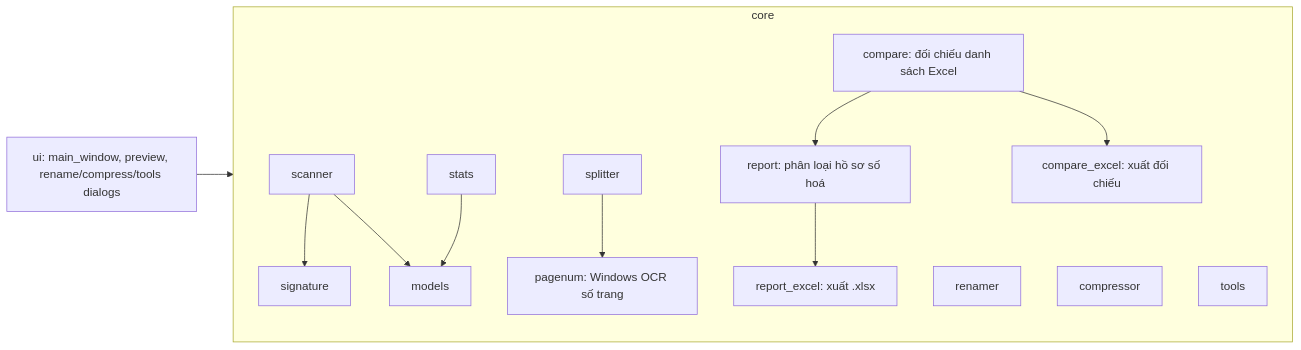
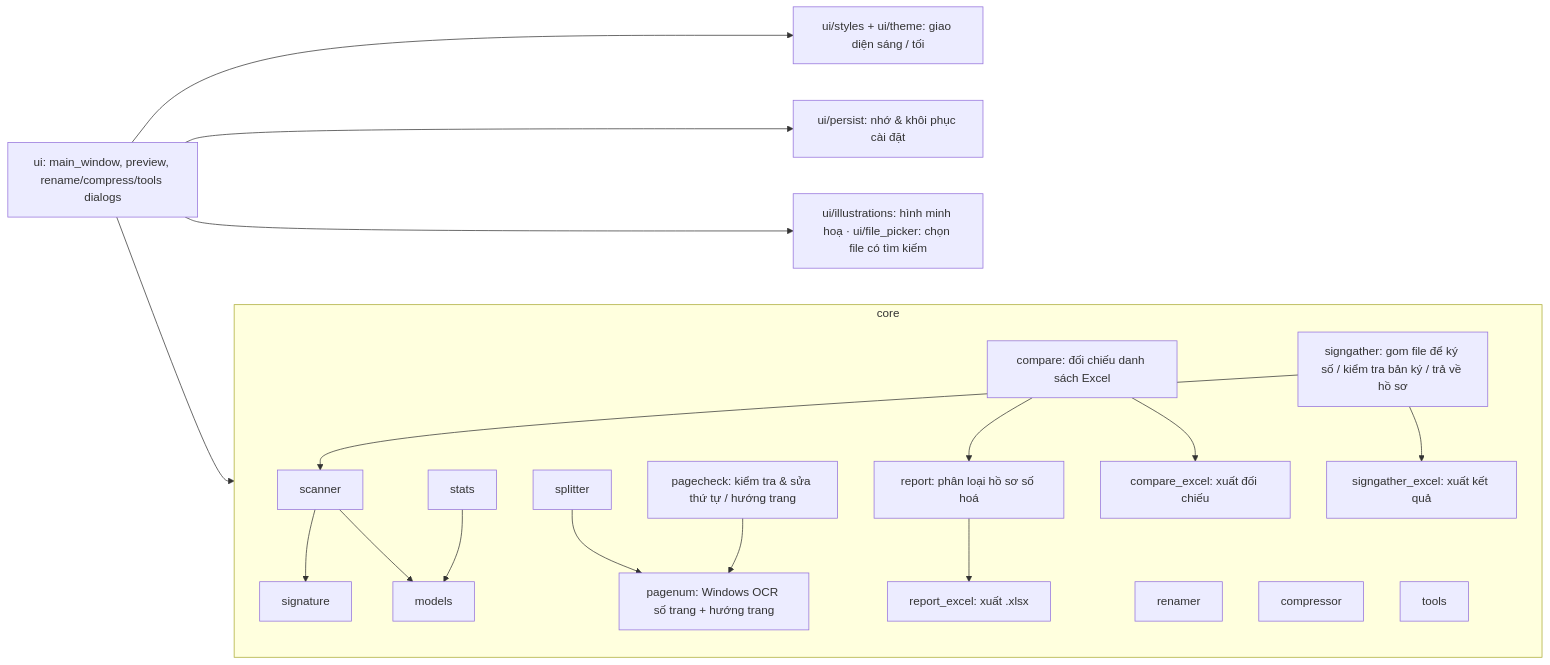
Before and after one commit to phamcongdanh98/pdf-read-pro: the diagram in README.md, drawn with Mermaid. The commit also changed other lines of this file and 33 other files, not shown here.

````diff
--- a/README.md
+++ b/README.md
@@ -76,16 +162,22 @@
 ```mermaid
 flowchart LR
     UI[ui: main_window, preview, rename/compress/tools dialogs] --> Core
+    UI --> Theme[ui/styles + ui/theme: giao diện sáng / tối]
+    UI --> Persist[ui/persist: nhớ & khôi phục cài đặt]
+    UI --> Pics[ui/illustrations: hình minh hoạ · ui/file_picker: chọn file có tìm kiếm]
     subgraph Core[core]
       scanner --> signature
       scanner --> models
       stats --> models
       renamer
       compressor
       tools
-      splitter --> pagenum[pagenum: Windows OCR số trang]
+      splitter --> pagenum[pagenum: Windows OCR số trang + hướng trang]
+      pagecheck[pagecheck: kiểm tra & sửa thứ tự / hướng trang] --> pagenum
       report[report: phân loại hồ sơ số hoá] --> report_excel[report_excel: xuất .xlsx]
       compare[compare: đối chiếu danh sách Excel] --> report
       compare --> compare_excel[compare_excel: xuất đối chiếu]
+      signgather[signgather: gom file để ký số / kiểm tra bản ký / trả về hồ sơ] --> scanner
+      signgather --> signgather_excel[signgather_excel: xuất kết quả]
     end
 ```
````
